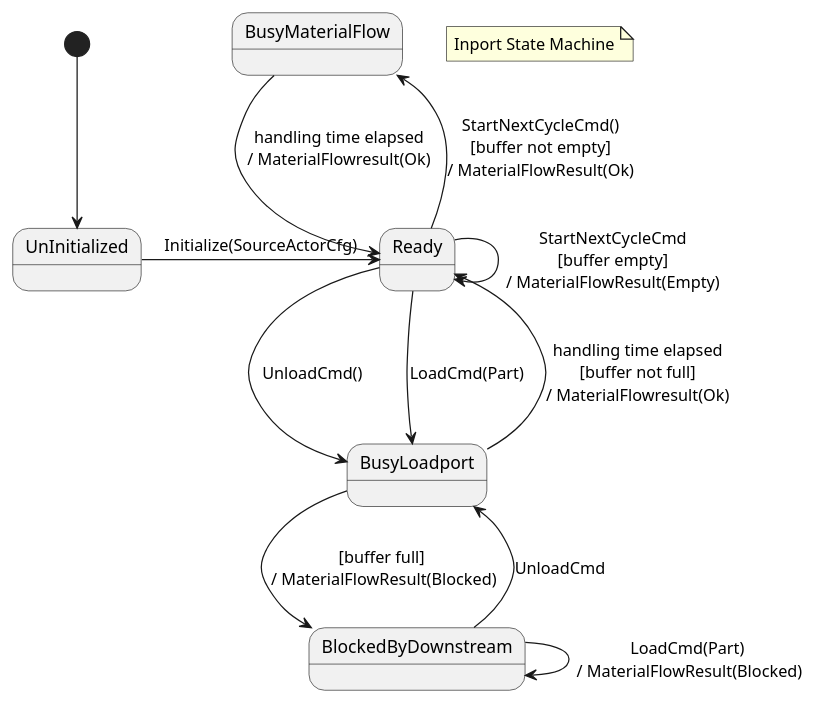
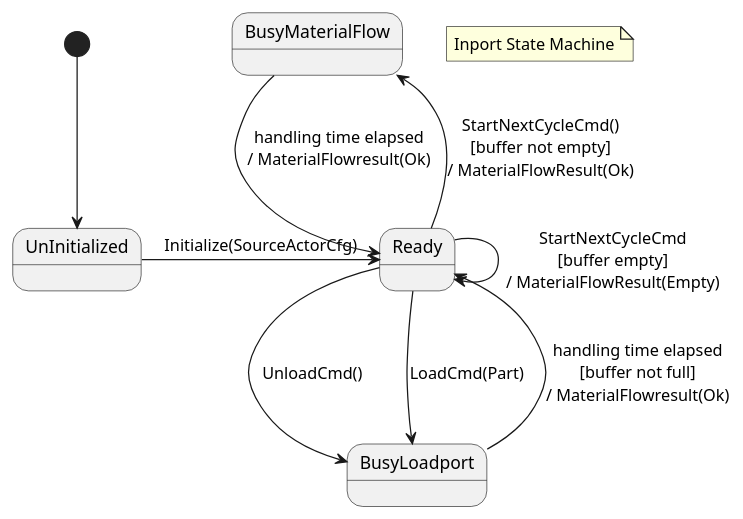
Before and after one commit to onouv/mes-tool-mock-cli: the diagram in doc/inport.stat.puml, drawn with PlantUML. The commit also changed 13 other files, not shown here.

```diff
--- a/doc/inport.stat.puml
+++ b/doc/inport.stat.puml
@@ -1,16 +1,13 @@
 @startuml
 note "Inport State Machine" as N1
 [*] -down-> UnInitialized
 UnInitialized -> Ready: Initialize(SourceActorCfg)
 Ready -down-> BusyLoadport: LoadCmd(Part)
 Ready -> BusyLoadport: UnloadCmd()
 Ready -> Ready: StartNextCycleCmd\n[buffer empty]\n/ MaterialFlowResult(Empty)
 BusyLoadport -> Ready: handling time elapsed\n[buffer not full]\n/ MaterialFlowresult(Ok)
-BusyLoadport -down-> BlockedByDownstream: [buffer full] \n/ MaterialFlowResult(Blocked)
-BlockedByDownstream -> BlockedByDownstream: LoadCmd(Part) \n/ MaterialFlowResult(Blocked)
-BlockedByDownstream -> BusyLoadport: UnloadCmd
 
 Ready -up-> BusyMaterialFlow: StartNextCycleCmd()\n[buffer not empty]\n/ MaterialFlowResult(Ok)
 BusyMaterialFlow -> Ready: handling time elapsed\n/ MaterialFlowresult(Ok)
 
 @enduml
```
